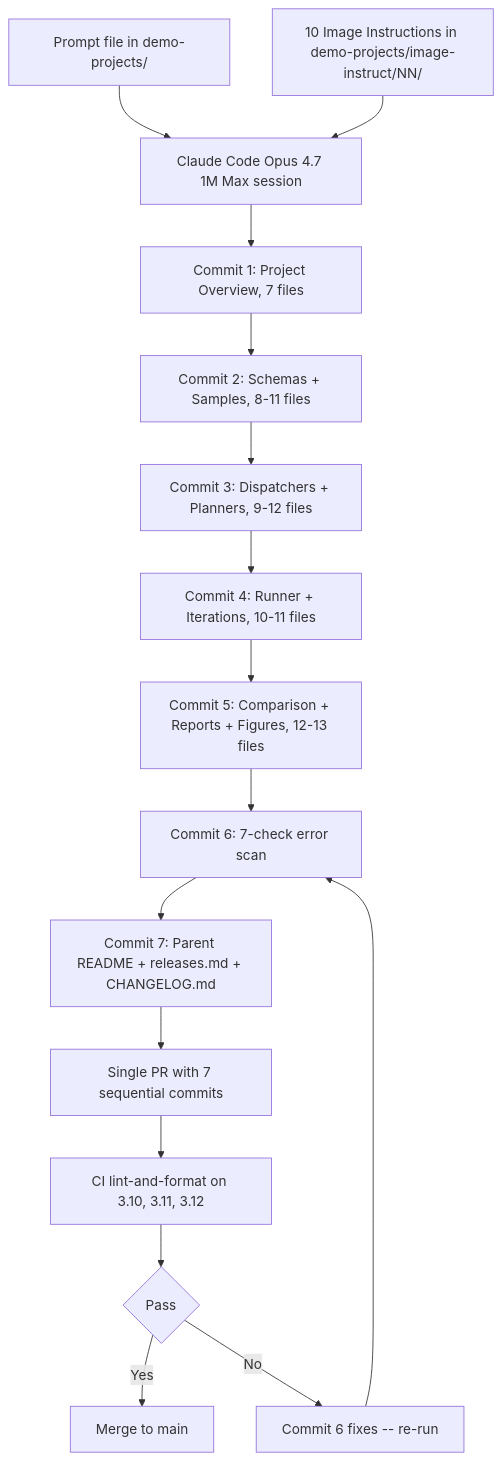
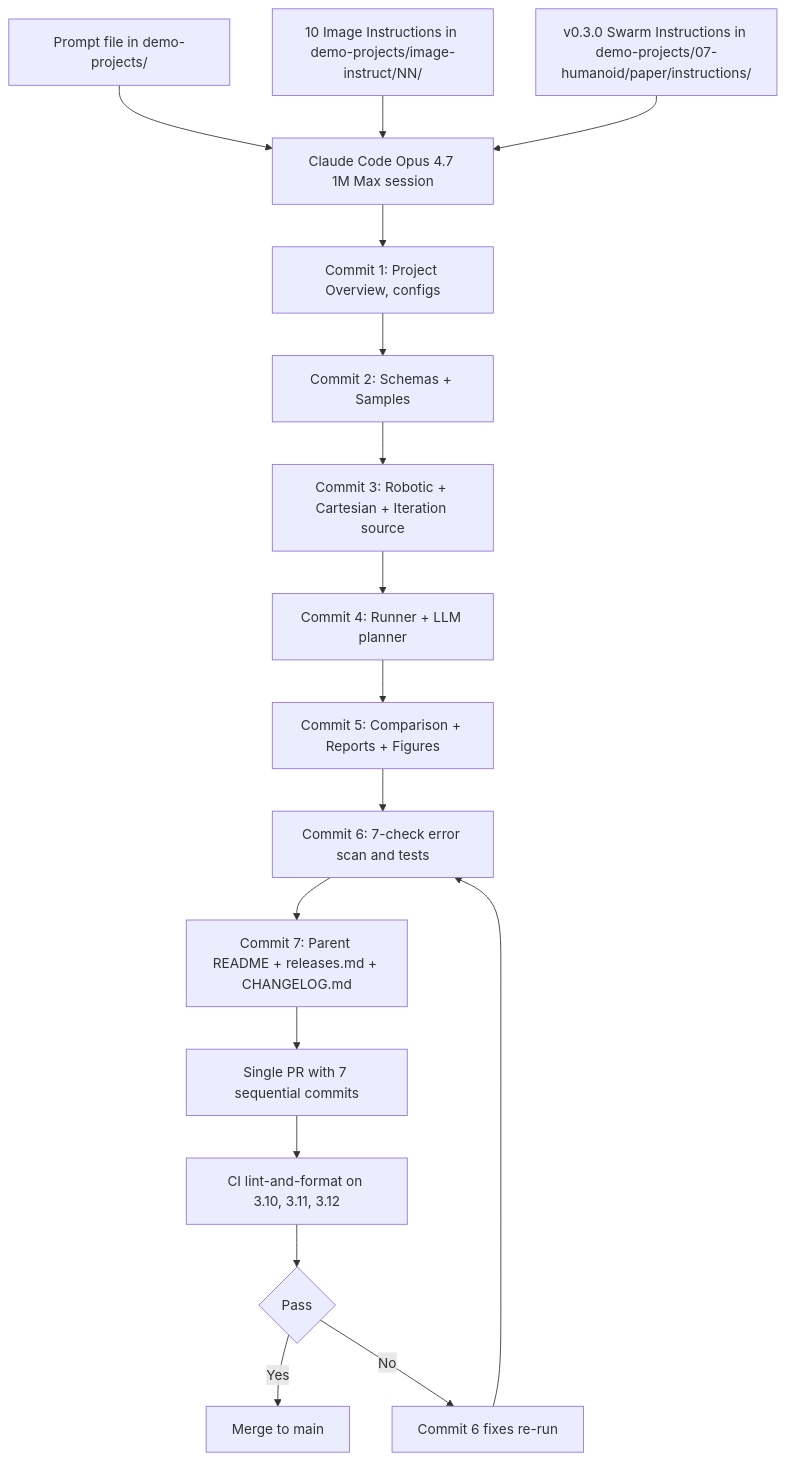
One commit to kevinkawchak/Clinical-AI-Demos changed the second of 2 diagrams in README.md. Above: the diagram before and after it, drawn with Mermaid. The commit also changed other lines of this file and 4 other files, not shown here.

Commit message:
Commit 7 of 7: Repository updates for v0.3.0 release including top README, releases.md prepended entry, CHANGELOG.md v0.3.0 block, demo projects README update, CITATION refresh with prior FAERS LLM DOI 10.5281/zenodo.18029100

````diff
--- a/README.md
+++ b/README.md
@@ -216,18 +249,19 @@
 ```mermaid
 flowchart TB
   P[Prompt file in demo-projects/] --> CC[Claude Code Opus 4.7 1M Max session]
   II[10 Image Instructions in demo-projects/image-instruct/NN/] --> CC
-  CC --> R1[Commit 1: Project Overview, 7 files]
-  R1 --> R2[Commit 2: Schemas + Samples, 8-11 files]
-  R2 --> R3[Commit 3: Dispatchers + Planners, 9-12 files]
-  R3 --> R4[Commit 4: Runner + Iterations, 10-11 files]
-  R4 --> R5[Commit 5: Comparison + Reports + Figures, 12-13 files]
-  R5 --> R6[Commit 6: 7-check error scan]
+  SW[v0.3.0 Swarm Instructions in demo-projects/07-humanoid/paper/instructions/] --> CC
+  CC --> R1[Commit 1: Project Overview, configs]
+  R1 --> R2[Commit 2: Schemas + Samples]
+  R2 --> R3[Commit 3: Robotic + Cartesian + Iteration source]
+  R3 --> R4[Commit 4: Runner + LLM planner]
+  R4 --> R5[Commit 5: Comparison + Reports + Figures]
+  R5 --> R6[Commit 6: 7-check error scan and tests]
   R6 --> R7[Commit 7: Parent README + releases.md + CHANGELOG.md]
   R7 --> PR[Single PR with 7 sequential commits]
   PR --> CI[CI lint-and-format on 3.10, 3.11, 3.12]
   CI --> M{Pass}
   M -->|Yes| MR[Merge to main]
-  M -->|No| FX[Commit 6 fixes -- re-run]
+  M -->|No| FX[Commit 6 fixes re-run]
   FX --> R6
 ```
````
